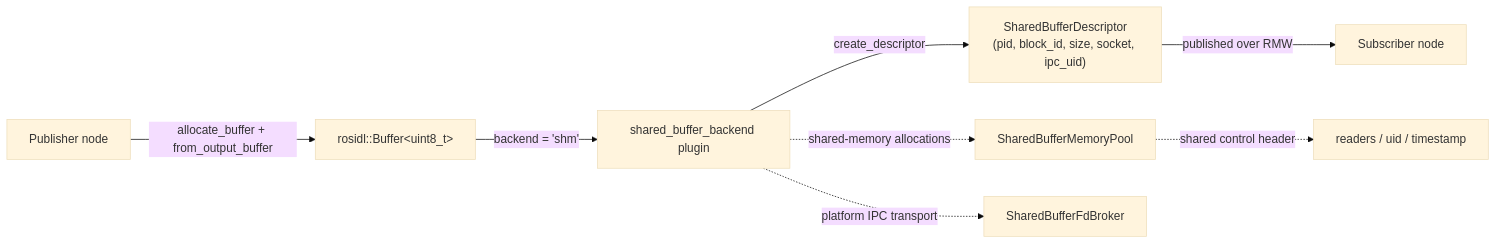
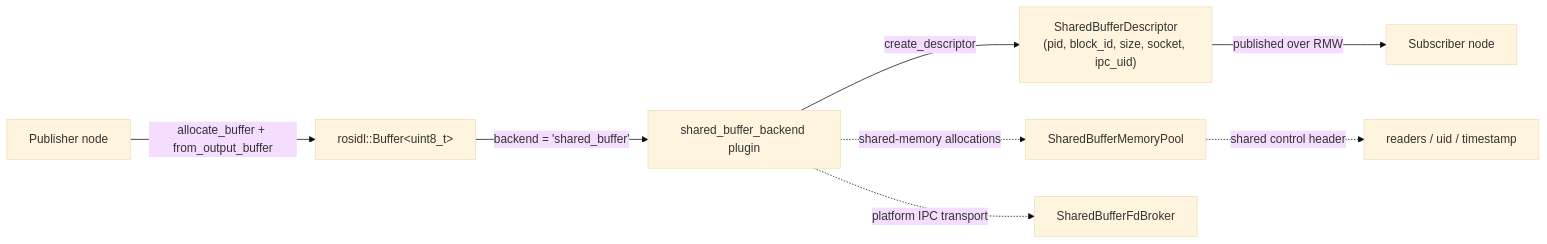
Before and after one commit to dskkato/memfd_buffer_backend: the first of 5 diagrams in docs/shared_buffer_backend_design.md, drawn with Mermaid (base theme). The commit also changed other lines of this file and 8 other files, not shown here.

Commit message:
Use shared_buffer as the backend identifier

````diff
--- a/docs/shared_buffer_backend_design.md
+++ b/docs/shared_buffer_backend_design.md
@@ -30,14 +30,14 @@
 ```mermaid
 flowchart LR
   Pub["Publisher node"]
   Sub["Subscriber node"]
 
   Pub -->|"allocate_buffer + from_output_buffer"| Buffer["rosidl::Buffer&lt;uint8_t&gt;"]
-  Buffer -->|"backend = 'shm'"| Plugin[shared_buffer_backend plugin]
+  Buffer -->|"backend = 'shared_buffer'"| Plugin[shared_buffer_backend plugin]
   Plugin -->|"create_descriptor"| Descriptor["SharedBufferDescriptor<br/>(pid, block_id, size, socket, ipc_uid)"]
   Descriptor -->|"published over RMW"| Sub
 
   Plugin -.->|"shared-memory allocations"| Pool[SharedBufferMemoryPool]
   Plugin -.->|"platform IPC transport"| Broker[SharedBufferFdBroker]
   Pool -.->|"shared control header"| Control["readers / uid / timestamp"]
 ```
````
